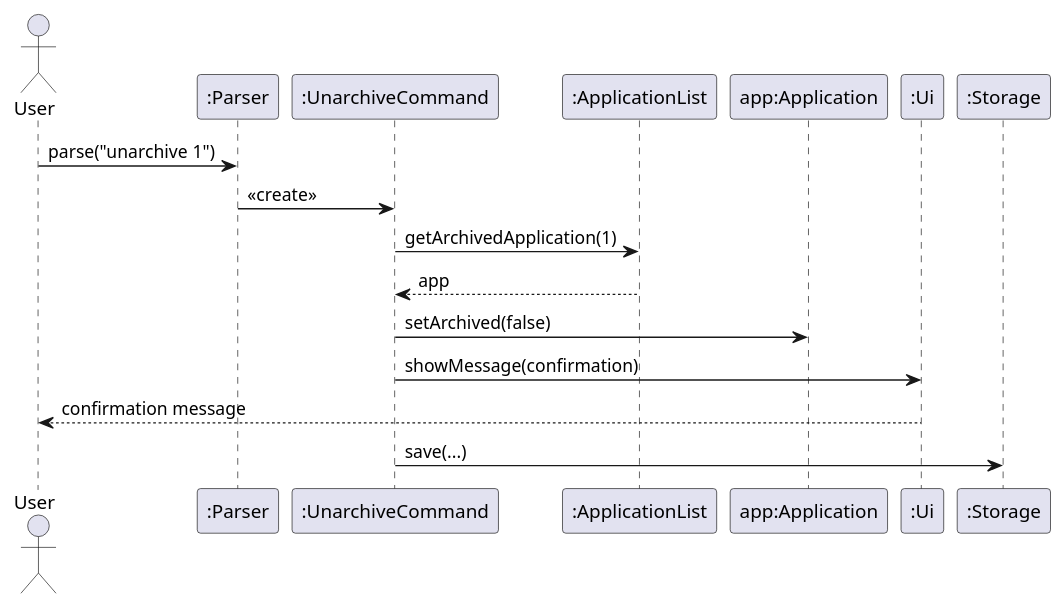
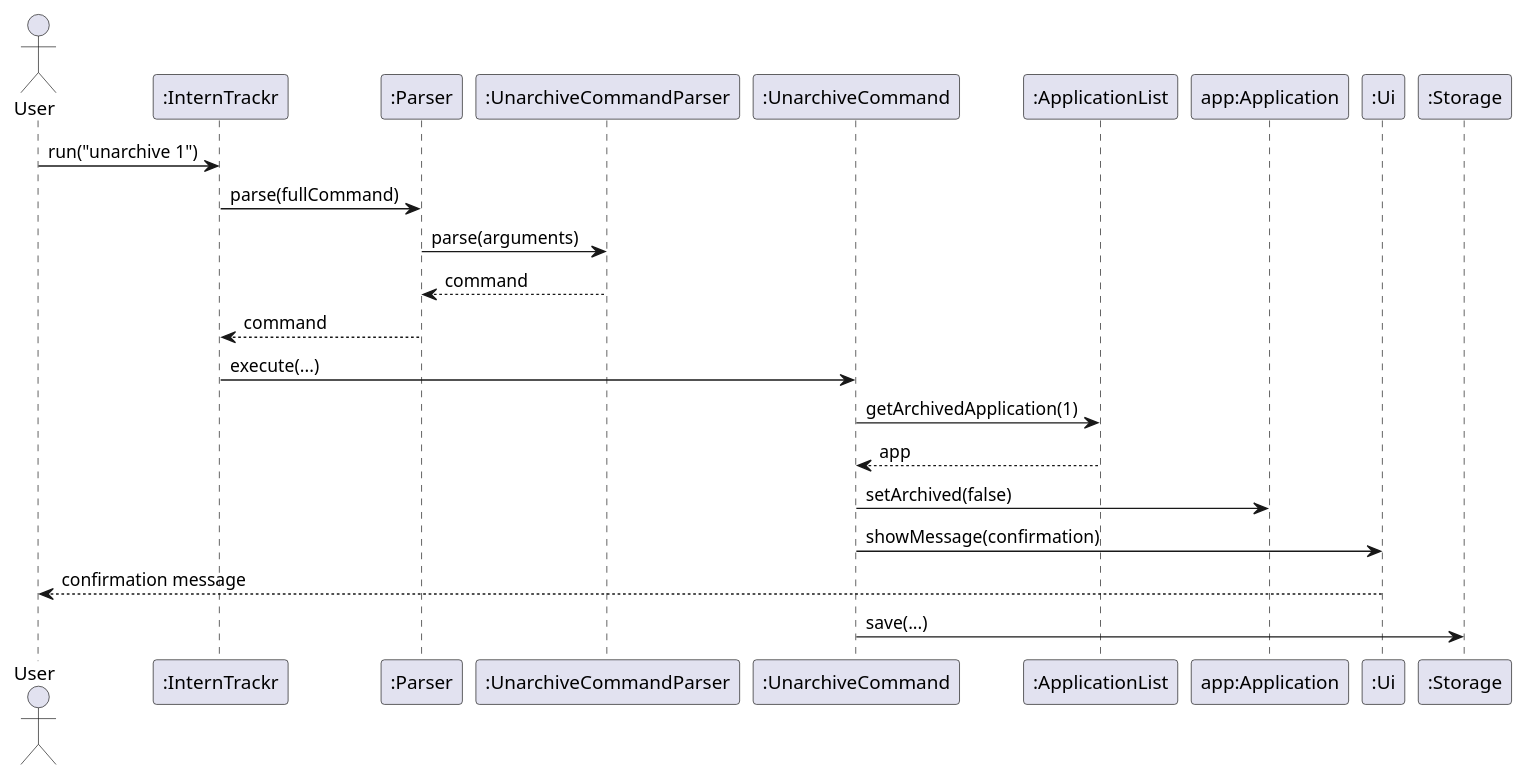
The diagram in docs/diagrams/AaravUnarchiveCommandSequence.puml (eugenia-cnl-lee/tp), drawn with PlantUML before and after one commit. The commit also changed 14 other files, not shown here.

Commit message:
Fix Aarav DG diagrams and align parser/delete documentation with implementation

```diff
--- a/docs/diagrams/AaravUnarchiveCommandSequence.puml
+++ b/docs/diagrams/AaravUnarchiveCommandSequence.puml
@@ -1,19 +1,25 @@
 @startuml
 actor User
+participant ":InternTrackr" as IT
 participant ":Parser" as P
+participant ":UnarchiveCommandParser" as UCP
 participant ":UnarchiveCommand" as UC
 participant ":ApplicationList" as AL
 participant "app:Application" as app
 participant ":Ui" as UI
 participant ":Storage" as S
 
-User -> P : parse("unarchive 1")
-P -> UC : <<create>>
+User -> IT : run("unarchive 1")
+IT -> P : parse(fullCommand)
+P -> UCP : parse(arguments)
+UCP --> P : command
+P --> IT : command
 
+IT -> UC : execute(...)
 UC -> AL : getArchivedApplication(1)
 AL --> UC : app
 UC -> app : setArchived(false)
 UC -> UI : showMessage(confirmation)
 UI --> User : confirmation message
 UC -> S : save(...)
 @enduml
```
